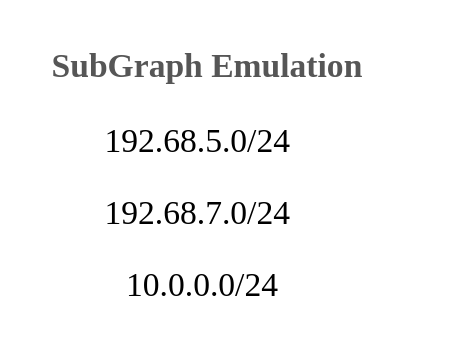
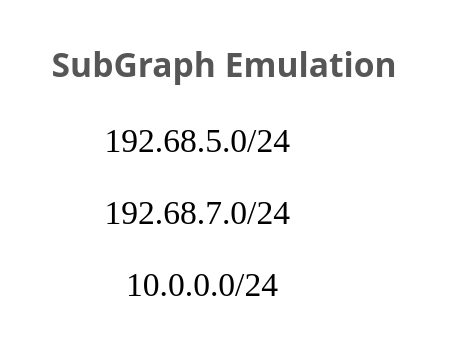
The third of 4 diagrams in Docs/dev-guide/commands/Add-DiaHTMLSubGraph.md (rebelinux/Diagrammer.Core), drawn with Graphviz before and after one commit. The commit also changed other lines of this file and 75 other files, not shown here.

First line of the commit message:
Refactor font properties in tests and Graphviz source files

````diff
--- a/Docs/dev-guide/commands/Add-DiaHTMLSubGraph.md
+++ b/Docs/dev-guide/commands/Add-DiaHTMLSubGraph.md
@@ -78,6 +78,6 @@
         ```graphviz dot AddDiaHTMLSubGraph2.png
             digraph g {
                 node [shape=plain];
-                a [label=<<TABLE BGColor="#ffffff" COLOR="#000000" border="0" cellborder="0" cellpadding="5" cellspacing="5"><TR><TD ALIGN="Center" colspan="1"><FONT FACE="Segoe Ui Black" Color="#565656" POINT-SIZE="14"><B>SubGraph Emulation</B></FONT></TD></TR><TR><TD align="Center" colspan="1"><FONT POINT-SIZE="14">192.68.5.0/24</FONT></TD></TR><TR><TD align="Center" colspan="1"><FONT POINT-SIZE="14">192.68.7.0/24</FONT></TD></TR><TR><TD align="Center" colspan="1"><FONT POINT-SIZE="14">10.0.0.0/24</FONT></TD></TR></TABLE>>];
+                a [label=<<TABLE BGColor="#ffffff" COLOR="#000000" border="0" cellborder="0" cellpadding="5" cellspacing="5"><TR><TD ALIGN="Center" colspan="1"><FONT FACE="Segoe Ui" Color="#565656" POINT-SIZE="14"><B>SubGraph Emulation</B></FONT></TD></TR><TR><TD align="Center" colspan="1"><FONT POINT-SIZE="14">192.68.5.0/24</FONT></TD></TR><TR><TD align="Center" colspan="1"><FONT POINT-SIZE="14">192.68.7.0/24</FONT></TD></TR><TR><TD align="Center" colspan="1"><FONT POINT-SIZE="14">10.0.0.0/24</FONT></TD></TR></TABLE>>];
             }
         ```
````
